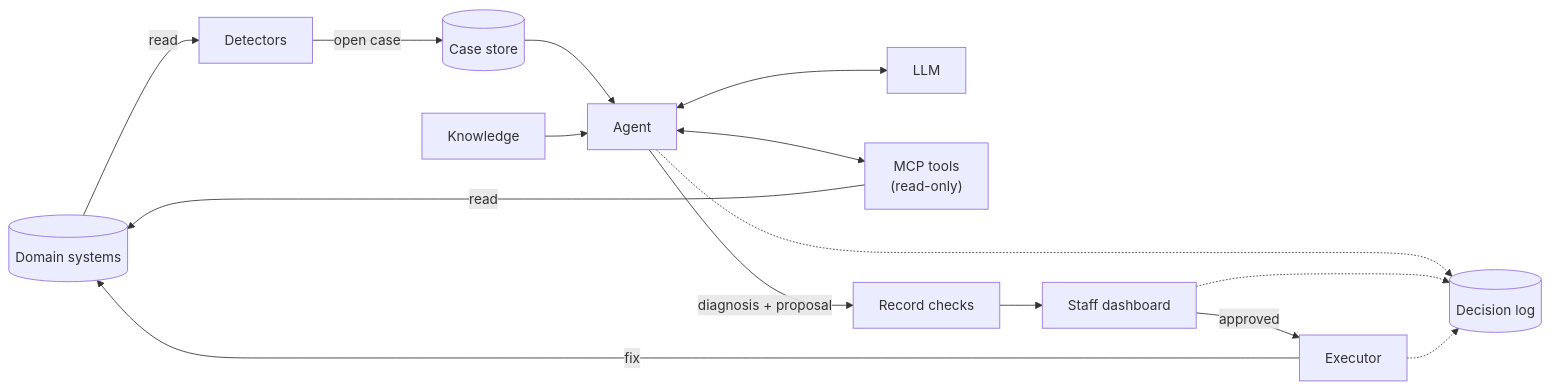
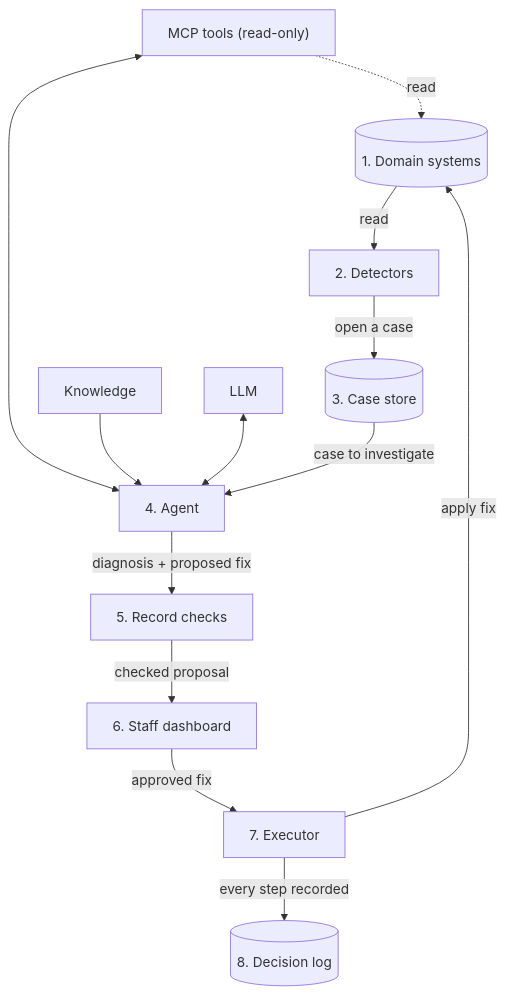
Before and after one commit to sumesh85/registries-case-manager: the diagram in docs/architecture.md, drawn with Mermaid. The commit also changed other lines of this file, not shown here.

````diff
--- a/docs/architecture.md
+++ b/docs/architecture.md
@@ -5,30 +5,29 @@
 ```mermaid
-flowchart LR
-    SRC[("Domain systems")]
-    DET["Detectors"]
-    CASES[("Case store")]
-    AGENT["Agent"]
+flowchart TB
+    SRC[("1. Domain systems")]
+    DET["2. Detectors"]
+    CASES[("3. Case store")]
+    AGENT["4. Agent"]
+    CHECK["5. Record checks"]
+    DASH["6. Staff dashboard"]
+    EXEC["7. Executor"]
+    LOG[("8. Decision log")]
+
+    KNOW["Knowledge"]
     LLM["LLM"]
-    TOOLS["MCP tools<br/>(read-only)"]
-    KNOW["Knowledge"]
-    CHECK["Record checks"]
-    DASH["Staff dashboard"]
-    EXEC["Executor"]
-    LOG[("Decision log")]
+    TOOLS["MCP tools (read-only)"]
 
     SRC -->|"read"| DET
-    DET -->|"open case"| CASES
-    CASES --> AGENT
+    DET -->|"open a case"| CASES
+    CASES -->|"case to investigate"| AGENT
+    AGENT -->|"diagnosis + proposed fix"| CHECK
+    CHECK -->|"checked proposal"| DASH
+    DASH -->|"approved fix"| EXEC
+    EXEC -->|"apply fix"| SRC
+    EXEC -->|"every step recorded"| LOG
+
     KNOW --> AGENT
-    AGENT <--> LLM
-    AGENT <--> TOOLS
-    TOOLS -->|"read"| SRC
-    AGENT -->|"diagnosis + proposal"| CHECK
-    CHECK --> DASH
-    DASH -->|"approved"| EXEC
-    EXEC -->|"fix"| SRC
-
-    AGENT -.-> LOG
-    DASH -.-> LOG
-    EXEC -.-> LOG
+    LLM <--> AGENT
+    TOOLS <--> AGENT
+    TOOLS -.->|"read"| SRC
 ```
````
